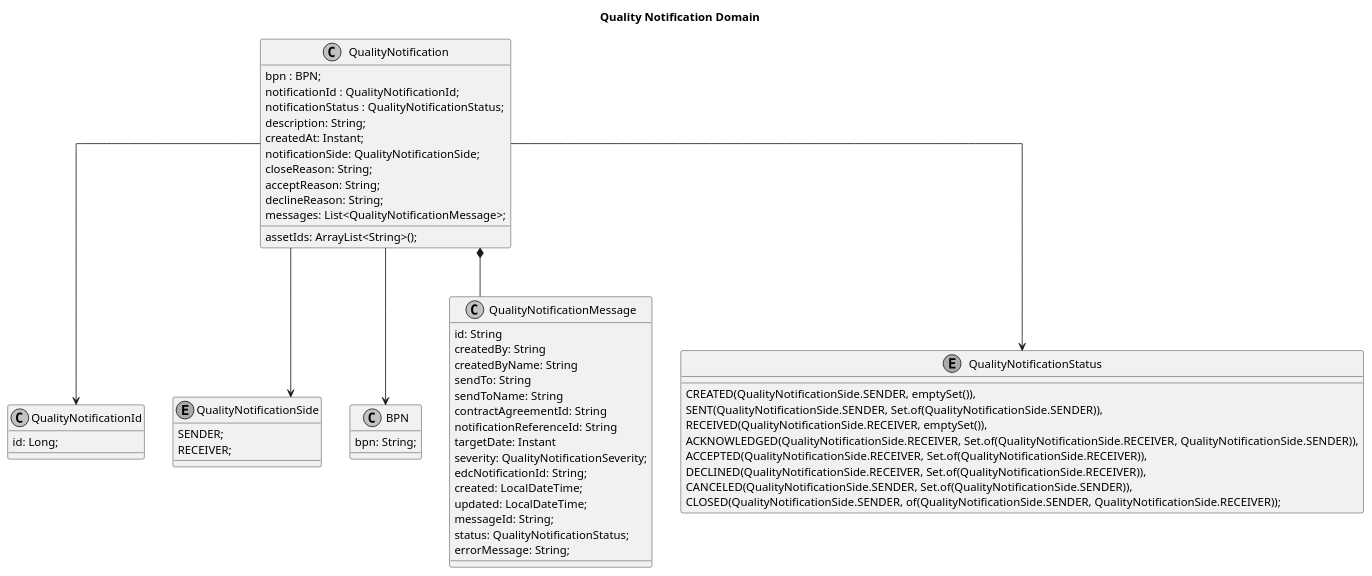
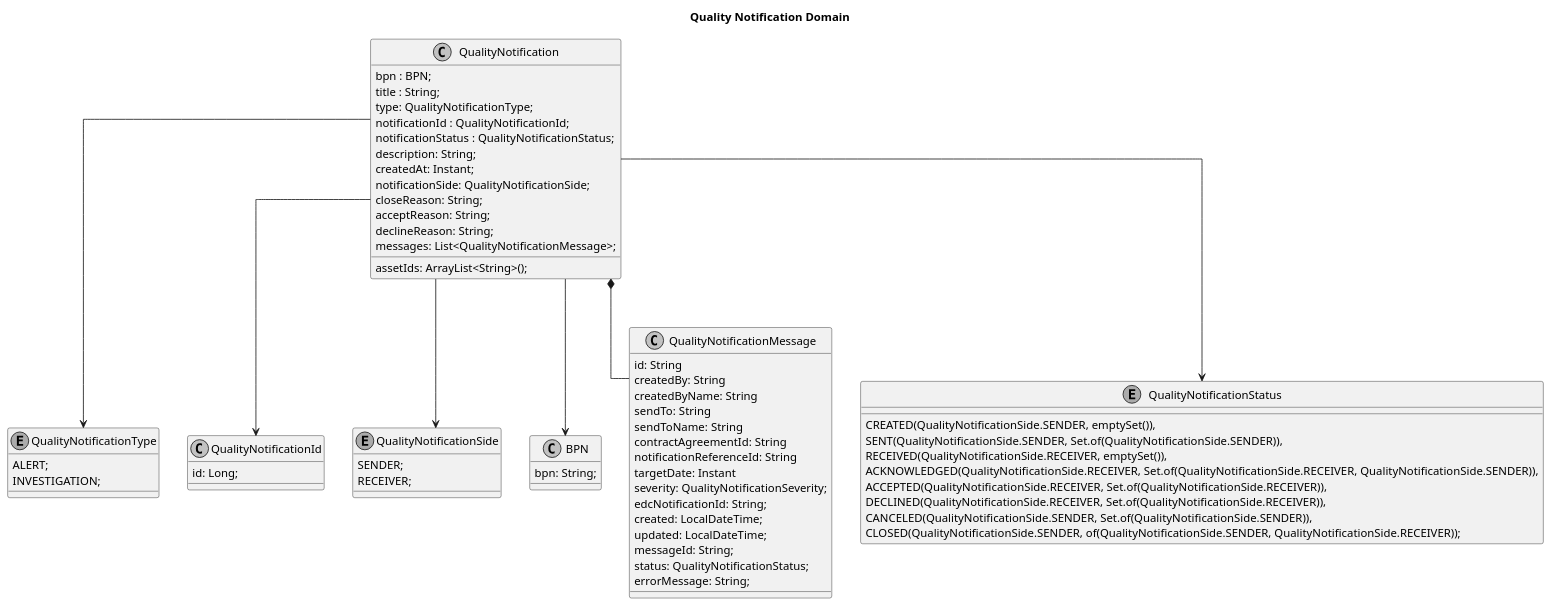
Before and after one commit to eclipse-tractusx/traceability-foss: the diagram in docs/src/uml-diagrams/arc42/cross-cutting/domain-model/domain-model-quality-notifications.puml, drawn with PlantUML. The commit also changed 3 other files, not shown here.

```diff
--- a/docs/src/uml-diagrams/arc42/cross-cutting/domain-model/domain-model-quality-notifications.puml
+++ b/docs/src/uml-diagrams/arc42/cross-cutting/domain-model/domain-model-quality-notifications.puml
@@ -1,67 +1,75 @@
 @startuml
 skinparam monochrome true
 skinparam shadowing false
 skinparam defaultFontName "Architects daughter"
 skinparam linetype ortho
 title: Quality Notification Domain
 
 class QualityNotification {
     bpn : BPN;
+    title : String;
+    type: QualityNotificationType;
     notificationId : QualityNotificationId;
     notificationStatus : QualityNotificationStatus;
     description: String;
     createdAt: Instant;
     notificationSide: QualityNotificationSide;
     assetIds: ArrayList<String>();
     closeReason: String;
     acceptReason: String;
     declineReason: String;
     messages: List<QualityNotificationMessage>;
+}
+
+enum QualityNotificationType{
+    ALERT;
+    INVESTIGATION;
 }
 
 class QualityNotificationId {
 id: Long;
 }
 
 enum QualityNotificationSide{
     SENDER;
     RECEIVER;
 }
 class BPN{
 bpn: String;
 }
 class QualityNotificationMessage {
    id: String
    createdBy: String
    createdByName: String
    sendTo: String
    sendToName: String
    contractAgreementId: String
    notificationReferenceId: String
    targetDate: Instant
    severity: QualityNotificationSeverity;
    edcNotificationId: String;
    created: LocalDateTime;
    updated: LocalDateTime;
    messageId: String;
    status: QualityNotificationStatus;
    errorMessage: String;
 }
 
 enum QualityNotificationStatus{
  CREATED(QualityNotificationSide.SENDER, emptySet()),
     SENT(QualityNotificationSide.SENDER, Set.of(QualityNotificationSide.SENDER)),
     RECEIVED(QualityNotificationSide.RECEIVER, emptySet()),
     ACKNOWLEDGED(QualityNotificationSide.RECEIVER, Set.of(QualityNotificationSide.RECEIVER, QualityNotificationSide.SENDER)),
     ACCEPTED(QualityNotificationSide.RECEIVER, Set.of(QualityNotificationSide.RECEIVER)),
     DECLINED(QualityNotificationSide.RECEIVER, Set.of(QualityNotificationSide.RECEIVER)),
     CANCELED(QualityNotificationSide.SENDER, Set.of(QualityNotificationSide.SENDER)),
     CLOSED(QualityNotificationSide.SENDER, of(QualityNotificationSide.SENDER, QualityNotificationSide.RECEIVER));
  }
 
 QualityNotification --> QualityNotificationId
 QualityNotification --> BPN
+QualityNotification --> QualityNotificationType
 QualityNotification --> QualityNotificationStatus
 QualityNotification --> QualityNotificationSide
 QualityNotification *-- QualityNotificationMessage
 @enduml
```
